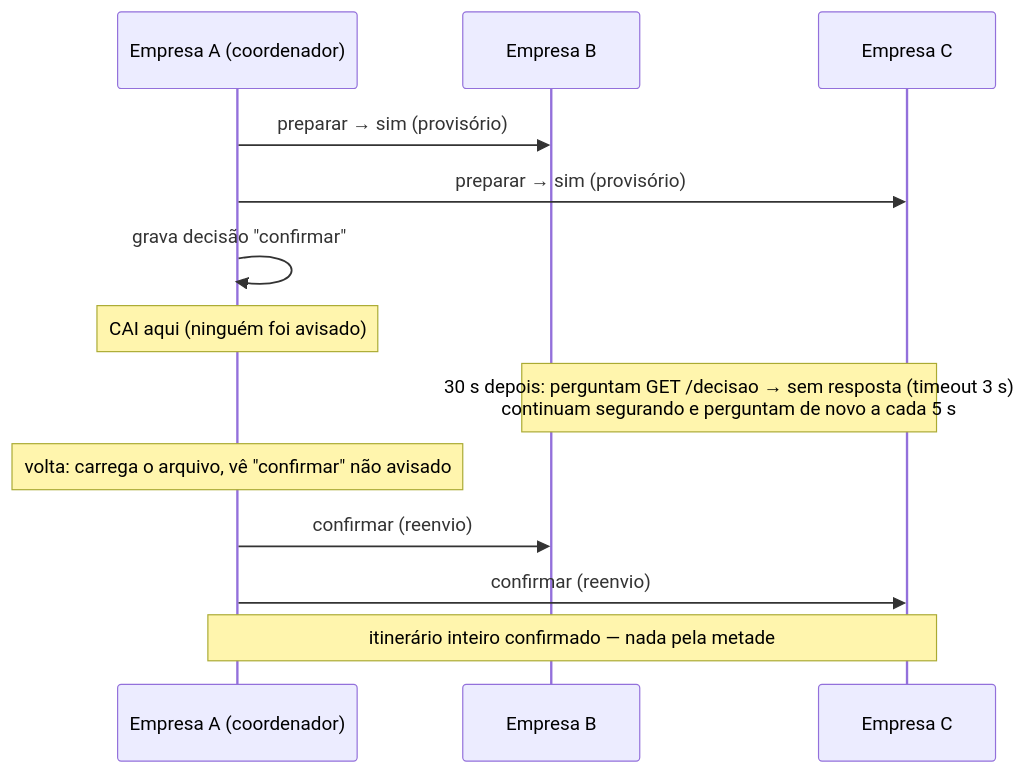
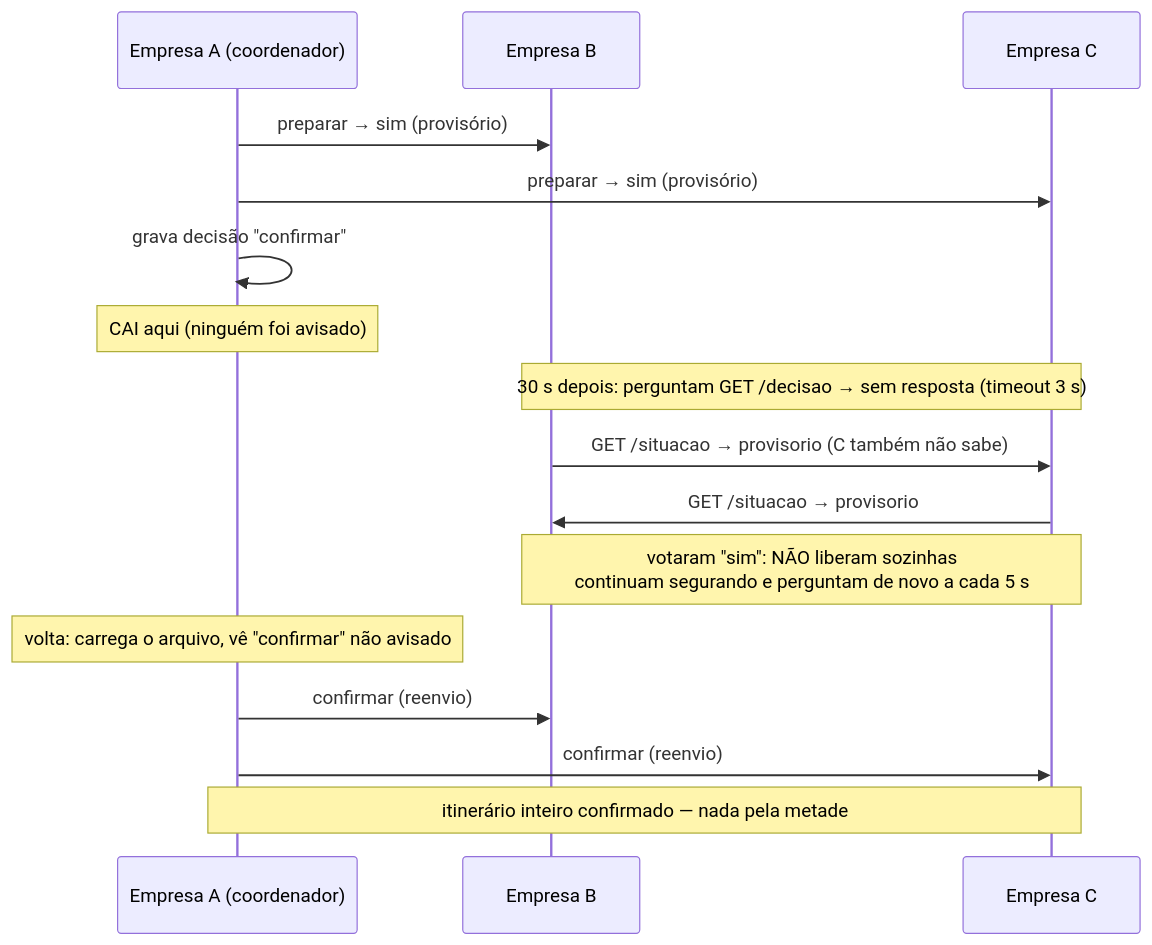
One commit to ecomphenrick/PBL2 changed the third of 5 diagrams in docs/diagramas/sequencia.md. Above: the diagram before and after it, drawn with Mermaid. The commit also changed other lines of this file and 10 other files, not shown here.

````diff
--- a/docs/diagramas/sequencia.md
+++ b/docs/diagramas/sequencia.md
@@ -61,16 +61,19 @@
 ```mermaid
 sequenceDiagram
     participant A as Empresa A (coordenador)
     participant B as Empresa B
     participant C as Empresa C
 
     A->>B: preparar → sim (provisório)
     A->>C: preparar → sim (provisório)
     A->>A: grava decisão "confirmar"
     Note over A: CAI aqui (ninguém foi avisado)
-    Note over B,C: 30 s depois: perguntam GET /decisao → sem resposta (timeout 3 s)<br/>continuam segurando e perguntam de novo a cada 5 s
+    Note over B,C: 30 s depois: perguntam GET /decisao → sem resposta (timeout 3 s)
+    B->>C: GET /situacao → provisorio (C também não sabe)
+    C->>B: GET /situacao → provisorio
+    Note over B,C: votaram "sim": NÃO liberam sozinhas<br/>continuam segurando e perguntam de novo a cada 5 s
     Note over A: volta: carrega o arquivo, vê "confirmar" não avisado
     A->>B: confirmar (reenvio)
     A->>C: confirmar (reenvio)
     Note over A,C: itinerário inteiro confirmado — nada pela metade
 ```
````
